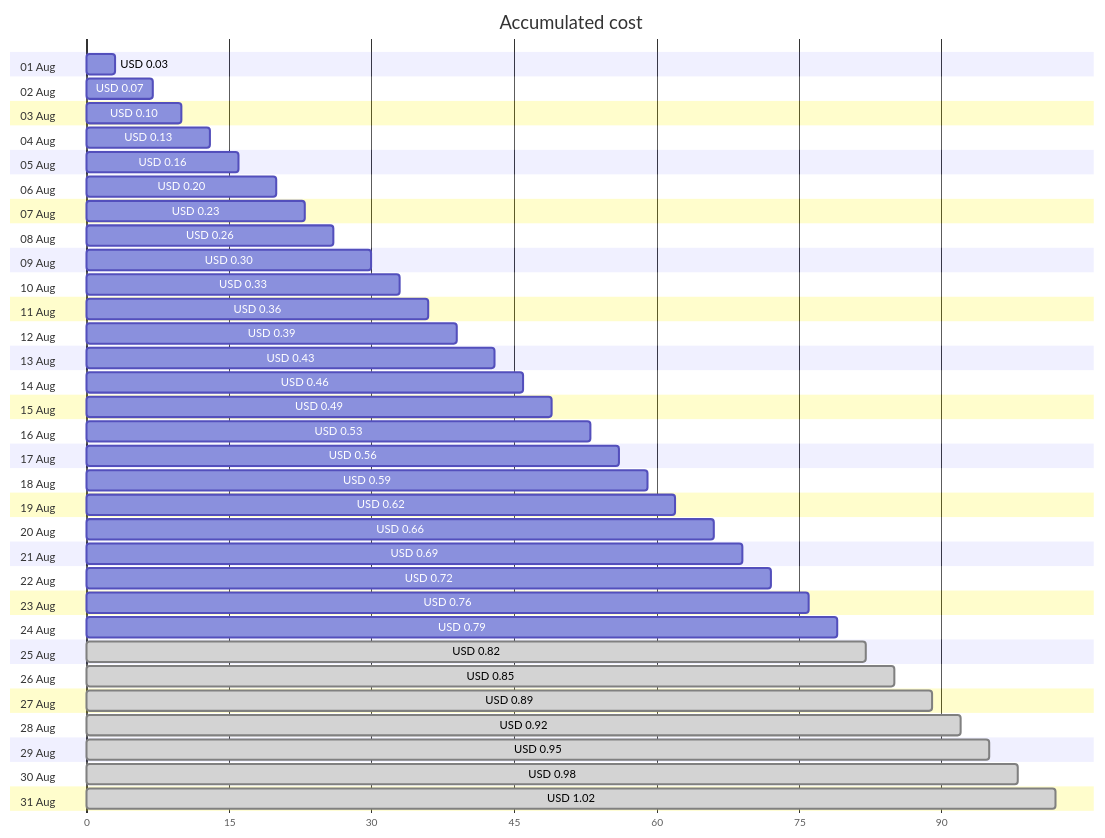
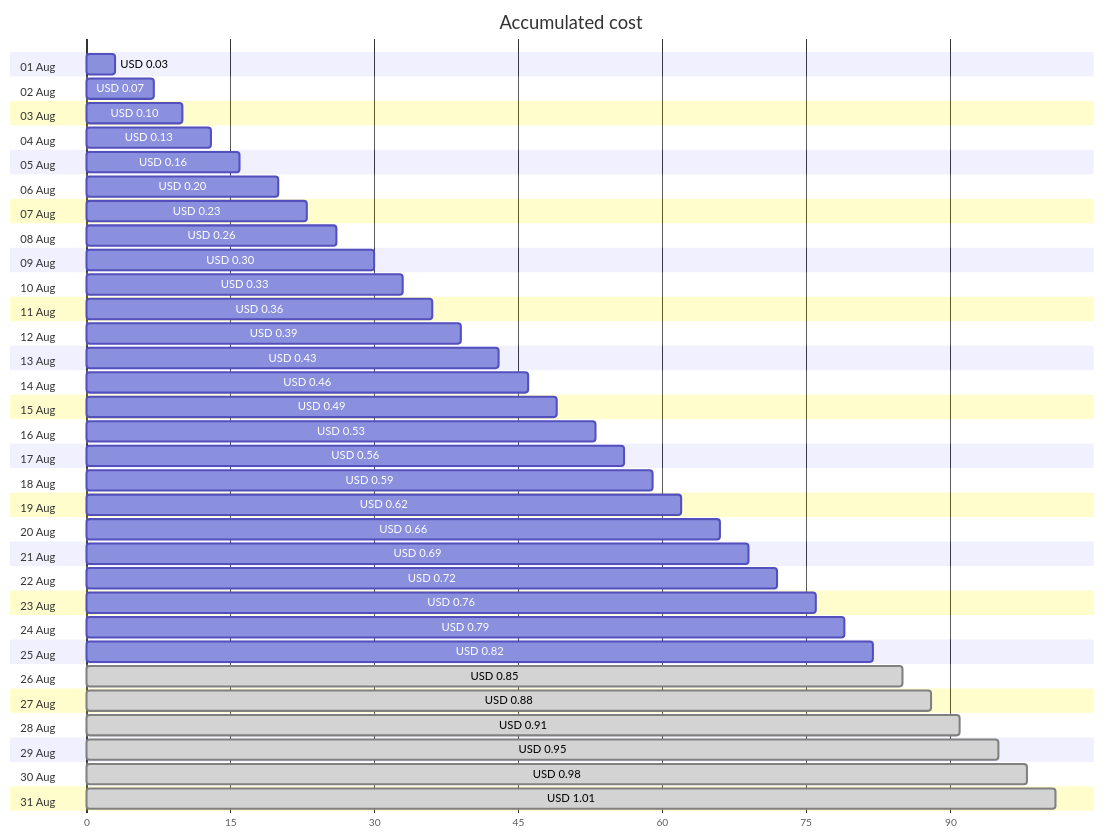
The first of 4 diagrams in cost-reports/personal-dns/README.md (jpfulton/azure-personal-reports), drawn with Mermaid before and after one commit. The commit also changed other lines of this file and 2 other files, not shown here.

````diff
--- a/cost-reports/personal-dns/README.md
+++ b/cost-reports/personal-dns/README.md
@@ -20,68 +20,68 @@
 ```mermaid
 gantt
    title Accumulated cost
    dateFormat  X
    axisFormat %s
    section 01 Aug
    USD 0.03 :0, 3
    section 02 Aug
    USD 0.07 :0, 7
    section 03 Aug
    USD 0.10 :0, 10
    section 04 Aug
    USD 0.13 :0, 13
    section 05 Aug
    USD 0.16 :0, 16
    section 06 Aug
    USD 0.20 :0, 20
    section 07 Aug
    USD 0.23 :0, 23
    section 08 Aug
    USD 0.26 :0, 26
    section 09 Aug
    USD 0.30 :0, 30
    section 10 Aug
    USD 0.33 :0, 33
    section 11 Aug
    USD 0.36 :0, 36
    section 12 Aug
    USD 0.39 :0, 39
    section 13 Aug
    USD 0.43 :0, 43
    section 14 Aug
    USD 0.46 :0, 46
    section 15 Aug
    USD 0.49 :0, 49
    section 16 Aug
    USD 0.53 :0, 53
    section 17 Aug
    USD 0.56 :0, 56
    section 18 Aug
    USD 0.59 :0, 59
    section 19 Aug
    USD 0.62 :0, 62
    section 20 Aug
    USD 0.66 :0, 66
    section 21 Aug
    USD 0.69 :0, 69
    section 22 Aug
    USD 0.72 :0, 72
    section 23 Aug
    USD 0.76 :0, 76
    section 24 Aug
    USD 0.79 :0, 79
    section 25 Aug
-   USD 0.82 : done, 0, 82
+   USD 0.82 :0, 82
    section 26 Aug
    USD 0.85 : done, 0, 85
    section 27 Aug
-   USD 0.89 : done, 0, 89
+   USD 0.88 : done, 0, 88
    section 28 Aug
-   USD 0.92 : done, 0, 92
+   USD 0.91 : done, 0, 91
    section 29 Aug
    USD 0.95 : done, 0, 95
    section 30 Aug
    USD 0.98 : done, 0, 98
    section 31 Aug
-   USD 1.02 : done, 0, 102
+   USD 1.01 : done, 0, 101
 ```
````
